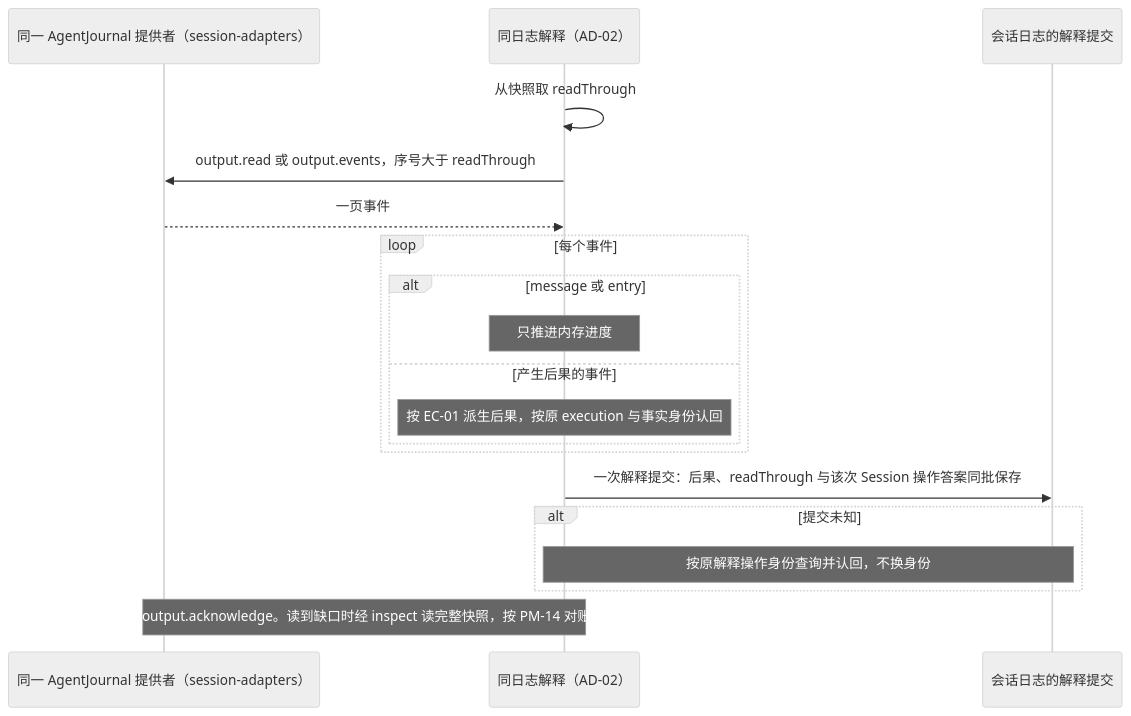
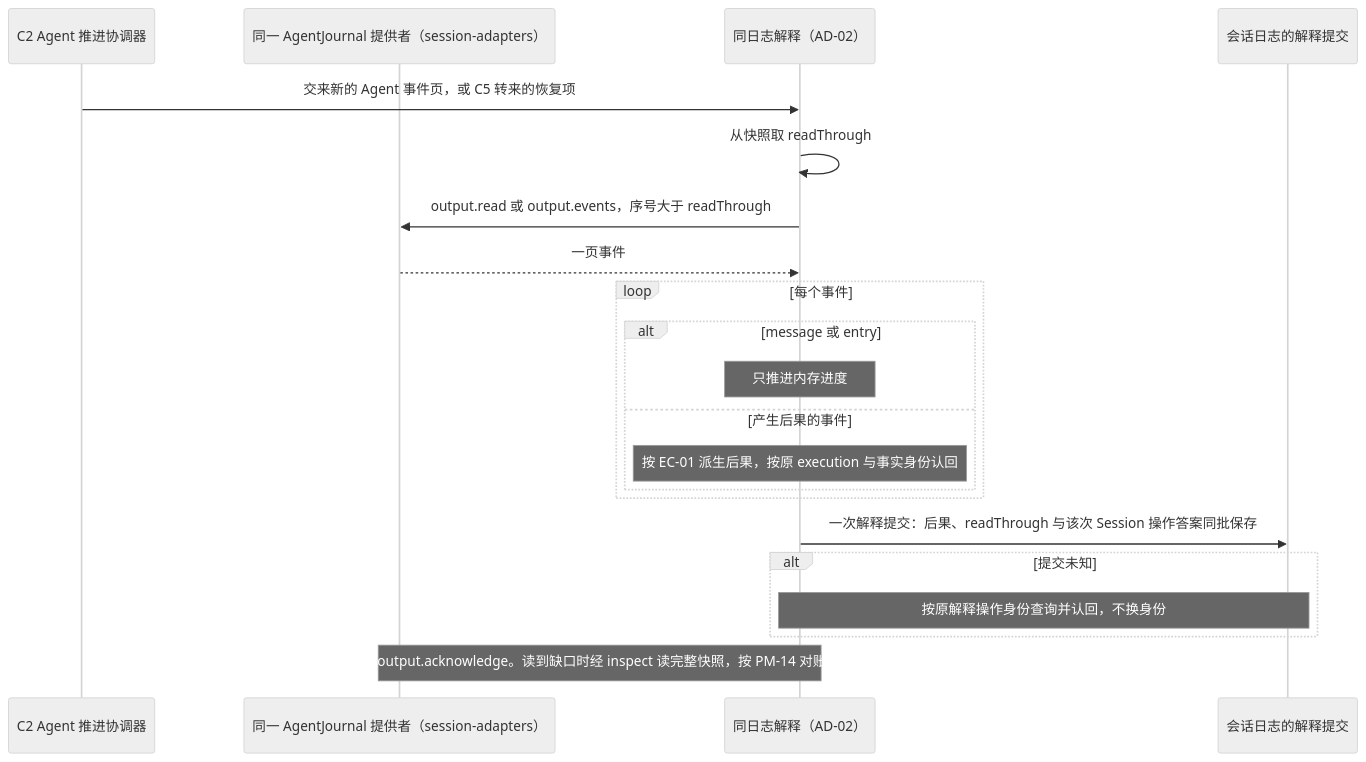
The fourth of 15 diagrams in packages/session/session/docs/flows.md (nemori-ai/omne-harness-lite), drawn with Mermaid (neutral theme) before and after one commit. The commit also changed 19 other files, not shown here.

````diff
--- a/packages/session/session/docs/flows.md
+++ b/packages/session/session/docs/flows.md
@@ -113,21 +113,23 @@
 ```mermaid
 sequenceDiagram
+    participant C2 as C2 Agent 推进协调器
     participant J as 同一 AgentJournal 提供者（session-adapters）
     participant I as 同日志解释（AD-02）
     participant Tx as 会话日志的解释提交
+    C2->>I: 交来新的 Agent 事件页，或 C5 转来的恢复项
     I->>I: 从快照取 readThrough
     I->>J: output.read 或 output.events，序号大于 readThrough
     J-->>I: 一页事件
     loop 每个事件
         alt message 或 entry
             Note over I: 只推进内存进度
         else 产生后果的事件
             Note over I: 按 EC-01 派生后果，按原 execution 与事实身份认回
         end
     end
     I->>Tx: 一次解释提交：后果、readThrough 与该次 Session 操作答案同批保存
     alt 提交未知
         Note over I,Tx: 按原解释操作身份查询并认回，不换身份
     end
     Note over I,J: 不调用 output.acknowledge。读到缺口时经 inspect 读完整快照，按 PM-14 对账后继续
 ```
````
